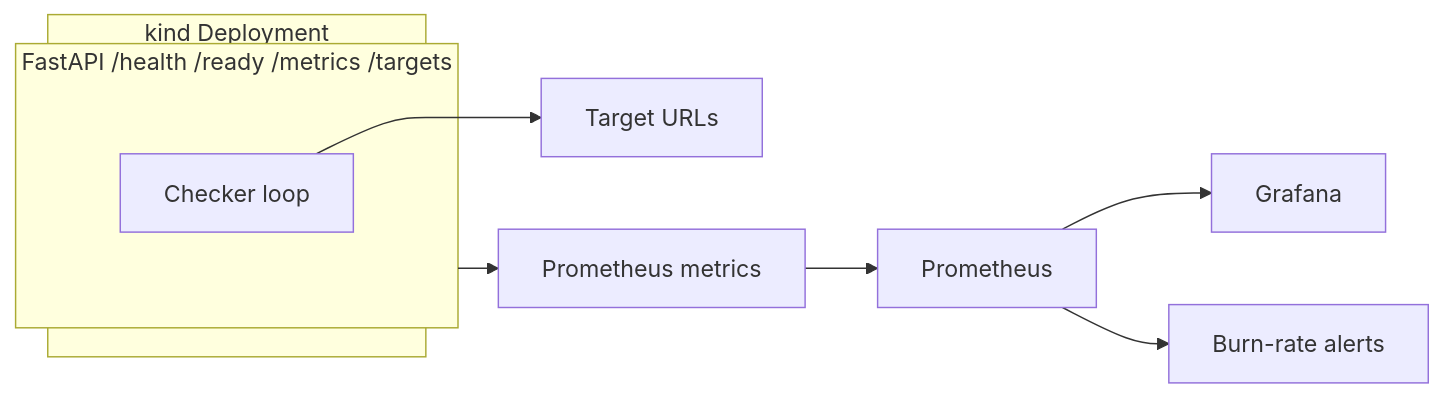
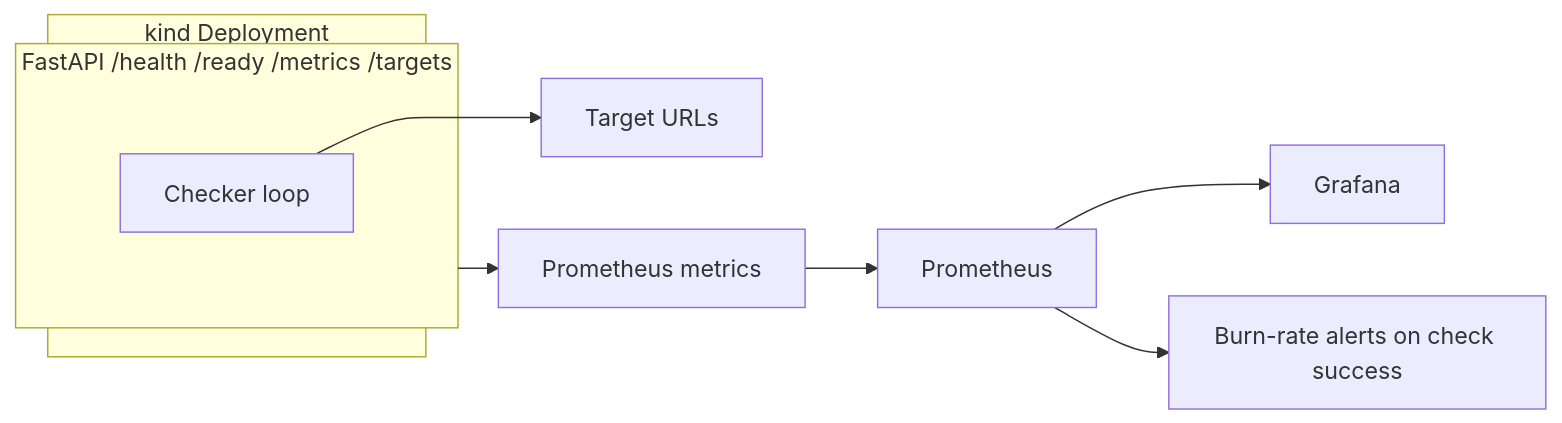
Before and after one commit to dardan-hoxhaj/reliability-lab: the diagram in README.md, drawn with Mermaid. The commit also changed other lines of this file and 14 other files, not shown here.

````diff
--- a/README.md
+++ b/README.md
@@ -18,13 +21,13 @@
 ```mermaid
 flowchart LR
   subgraph k8s[kind Deployment]
     subgraph api["FastAPI /health /ready /metrics /targets"]
       checker[Checker loop]
     end
   end
   checker --> targets[Target URLs]
   api --> metrics[Prometheus metrics]
   metrics --> prom[Prometheus]
   prom --> grafana[Grafana]
-  prom --> alerts[Burn-rate alerts]
+  prom --> alerts[Burn-rate alerts on check success]
 ```
````
